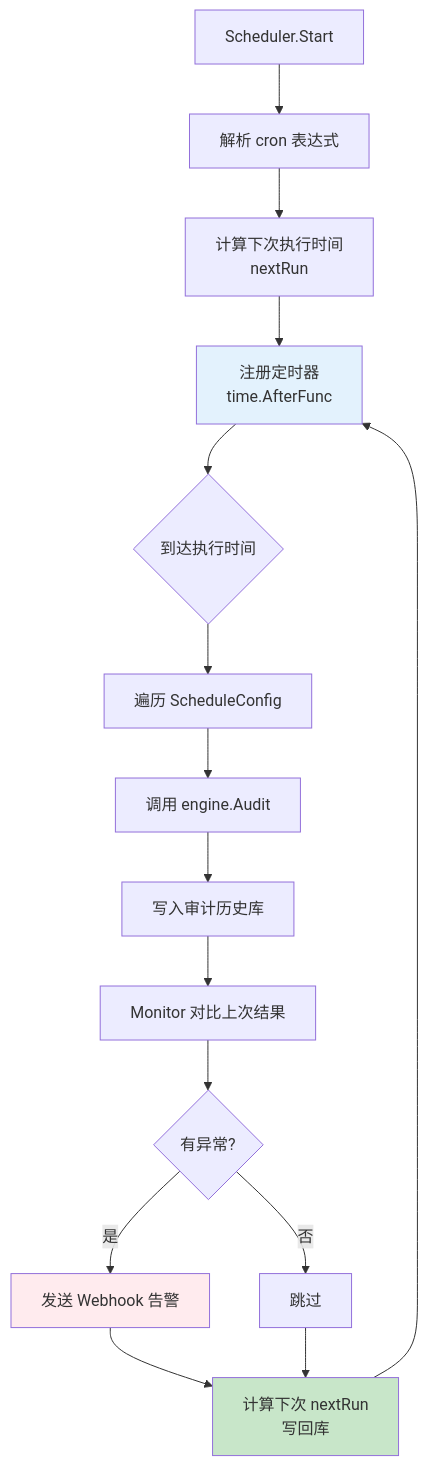
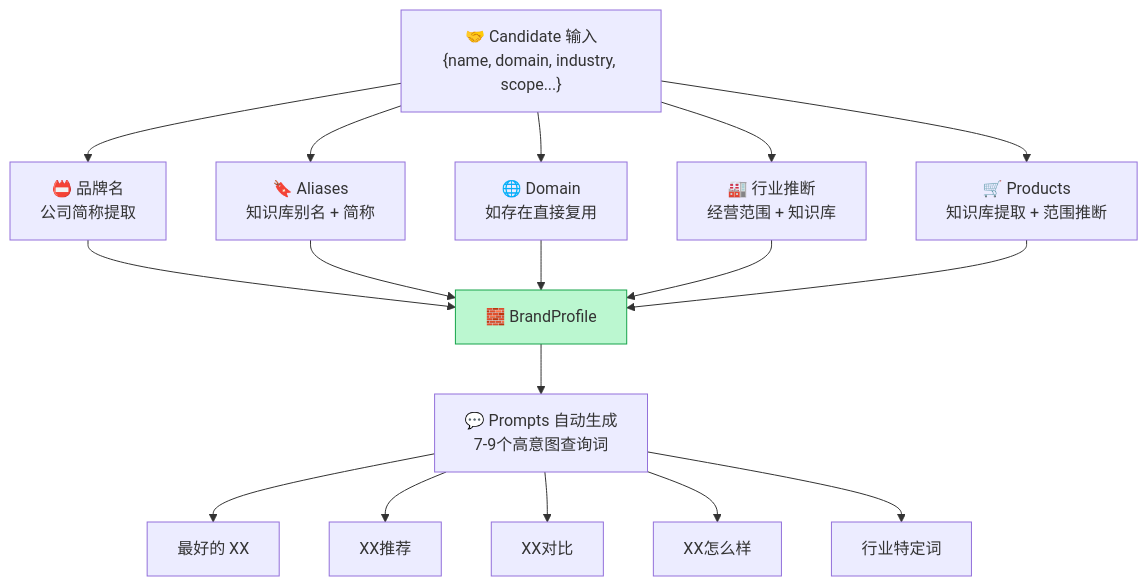
Before and after one commit to deep2code/geo: diagram 18 of 31 in docs/architecture.md, drawn with Mermaid. The commit also changed other lines of this file and 3 other files, not shown here.

First line of the commit message:
docs: 全面美化文档，大量采用 Mermaid 图表

````diff
--- a/docs/architecture.md
+++ b/docs/architecture.md
@@ -290,21 +468,23 @@
 ```mermaid
-flowchart TB
-    A["Scheduler.Start"] --> B["解析 cron 表达式"]
-    B --> C["计算下次执行时间<br/>nextRun"]
-    C --> D["注册定时器<br/>time.AfterFunc"]
-    D --> E{"到达执行时间"}
+graph TB
+    CAND["🤝 Candidate 输入<br/>{name, domain, industry, scope...}"] --> NAME["📛 品牌名<br/>公司简称提取"]
+    CAND --> ALIAS["🔖 Aliases<br/>知识库别名 + 简称"]
+    CAND --> DOMAIN["🌐 Domain<br/>如存在直接复用"]
+    CAND --> IND["🏭 行业推断<br/>经营范围 + 知识库"]
+    CAND --> PROD["🛒 Products<br/>知识库提取 + 范围推断"]
 
-    E --> F["遍历 ScheduleConfig"]
-    F --> G["调用 engine.Audit"]
-    G --> H["写入审计历史库"]
-    H --> I["Monitor 对比上次结果"]
-    I --> J{"有异常?"}
-    J -->|"是"| K["发送 Webhook 告警"]
-    J -->|"否"| L["跳过"]
-    K & L --> M["计算下次 nextRun<br/>写回库"]
-    M --> D
+    NAME --> P["🧱 BrandProfile"]
+    ALIAS --> P
+    DOMAIN --> P
+    IND --> P
+    PROD --> P
 
-    style D fill:#e3f2fd
-    style K fill:#ffebee
-    style M fill:#c8e6c9
+    P --> PROMPT["💬 Prompts 自动生成<br/>7-9个高意图查询词"]
+    PROMPT --> EXAMPLE1["最好的 XX"]
+    PROMPT --> EXAMPLE2["XX推荐"]
+    PROMPT --> EXAMPLE3["XX对比"]
+    PROMPT --> EXAMPLE4["XX怎么样"]
+    PROMPT --> EXAMPLE5["行业特定词"]
+
+    style P fill:#bbf7d0,stroke:#16a34a
 ```
````
